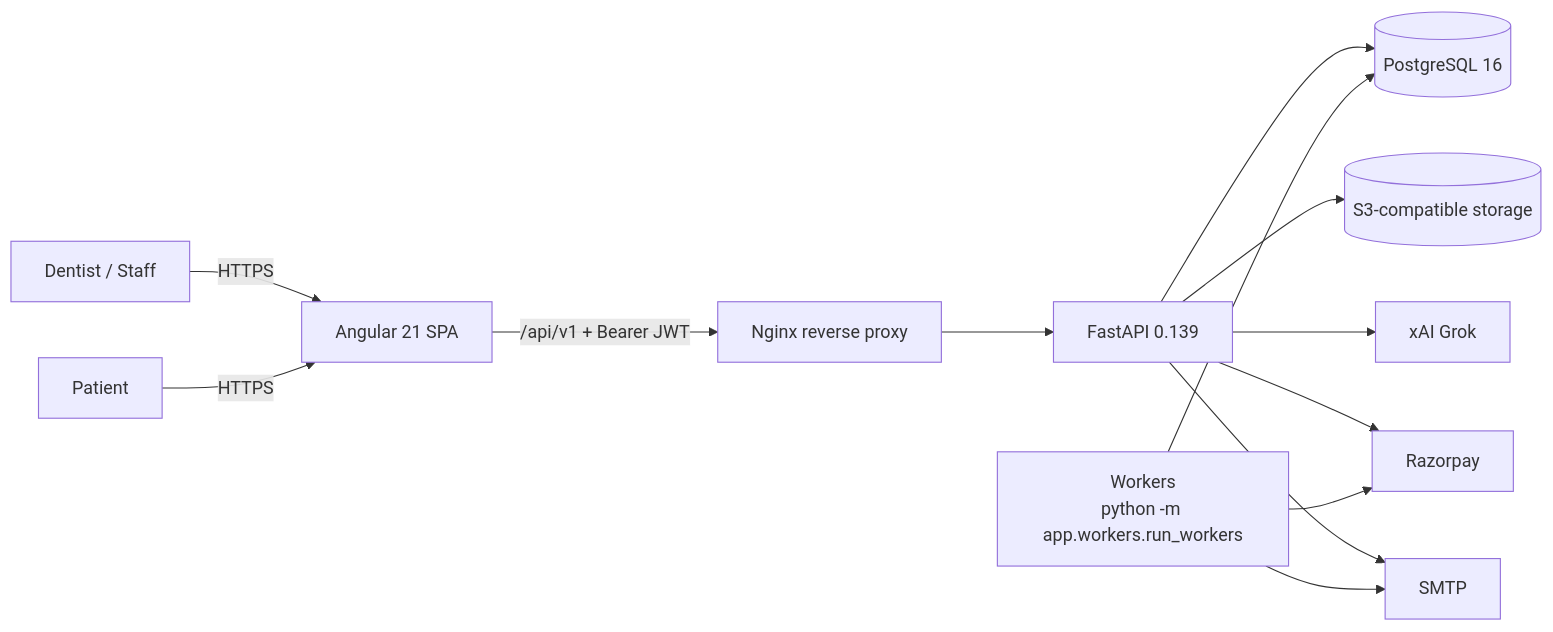
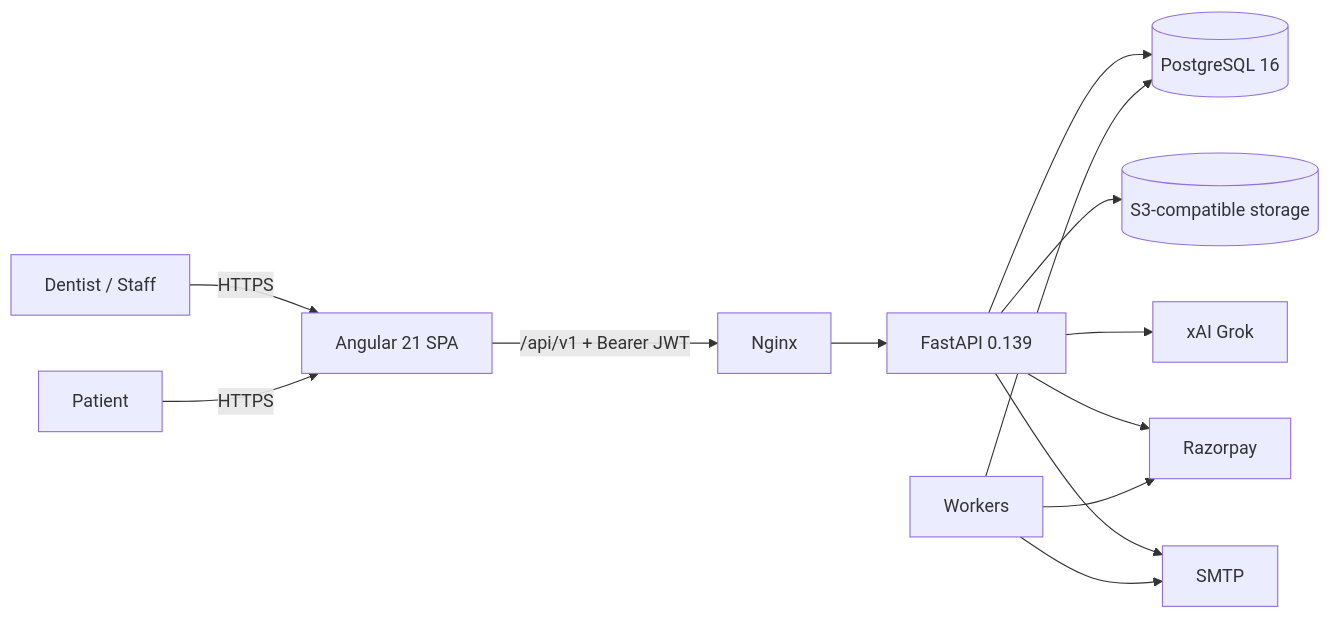
Before and after one commit to saman2ny/otheryn-platform: the diagram in products/healthcare/dental/dentalpilot-ai/README.md, drawn with Mermaid. The commit also changed other lines of this file and 6 other files, not shown here.

````diff
--- a/products/healthcare/dental/dentalpilot-ai/README.md
+++ b/products/healthcare/dental/dentalpilot-ai/README.md
@@ -36,15 +25,15 @@
 ```mermaid
 flowchart LR
     U[Dentist / Staff] -->|HTTPS| FE[Angular 21 SPA]
     P[Patient] -->|HTTPS| FE
-    FE -->|/api/v1 + Bearer JWT| NGX[Nginx reverse proxy]
+    FE -->|/api/v1 + Bearer JWT| NGX[Nginx]
     NGX --> API[FastAPI 0.139]
     API --> DB[(PostgreSQL 16)]
     API --> S3[(S3-compatible storage)]
     API --> AN[xAI Grok]
     API --> RZP[Razorpay]
     API --> SMTP[SMTP]
-    W[Workers\npython -m app.workers.run_workers] --> DB
+    W[Workers] --> DB
     W --> SMTP
     W --> RZP
 ```
````
